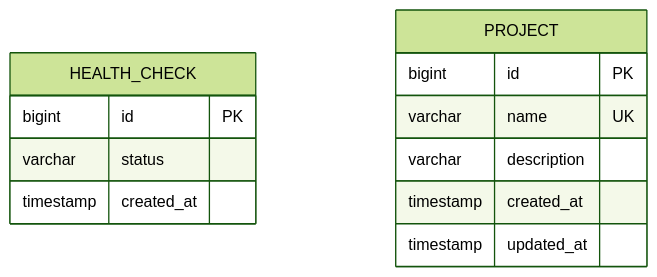
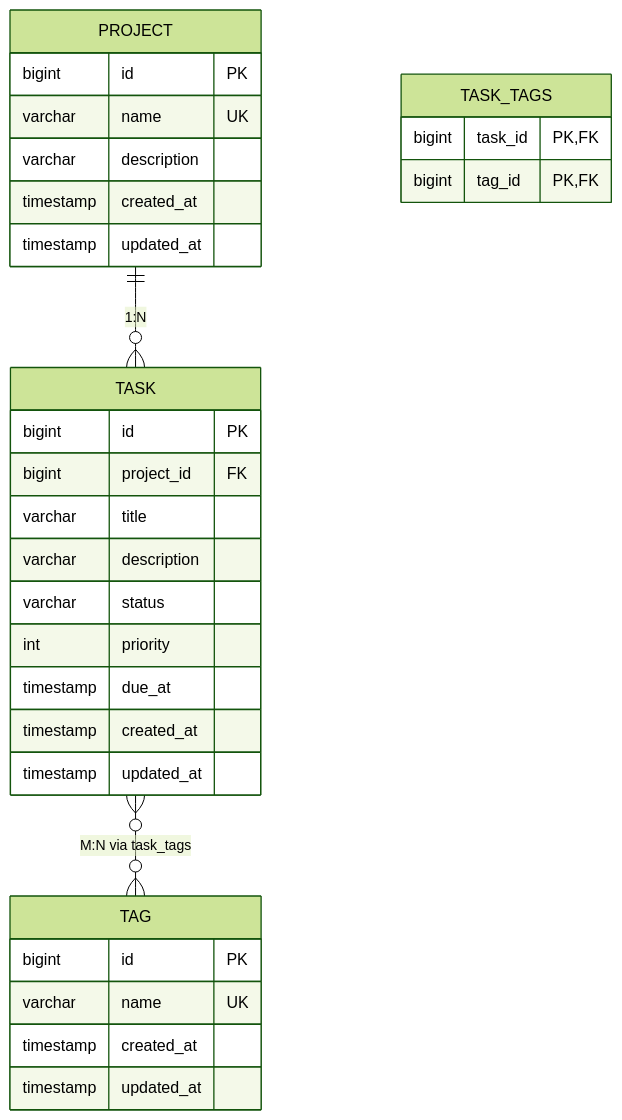
The fourth of 5 diagrams in .qoder/repowiki/zh/content/数据库设计.md (zhou9832/test1-qoder), drawn with Mermaid (forest theme) before and after one commit. The commit also changed other lines of this file and 92 other files, not shown here.

````diff
--- a/.qoder/repowiki/zh/content/数据库设计.md
+++ b/.qoder/repowiki/zh/content/数据库设计.md
@@ -289,15 +396,33 @@
 ```mermaid
 erDiagram
-HEALTH_CHECK {
-bigint id PK
-varchar status
-timestamp created_at
-}
 PROJECT {
 bigint id PK
 varchar name UK
 varchar description
 timestamp created_at
 timestamp updated_at
 }
+TASK {
+bigint id PK
+bigint project_id FK
+varchar title
+varchar description
+varchar status
+int priority
+timestamp due_at
+timestamp created_at
+timestamp updated_at
+}
+TAG {
+bigint id PK
+varchar name UK
+timestamp created_at
+timestamp updated_at
+}
+TASK_TAGS {
+bigint task_id PK,FK
+bigint tag_id PK,FK
+}
+PROJECT ||--o{ TASK : "1:N"
+TASK }o--o{ TAG : "M:N via task_tags"
 ```
````
